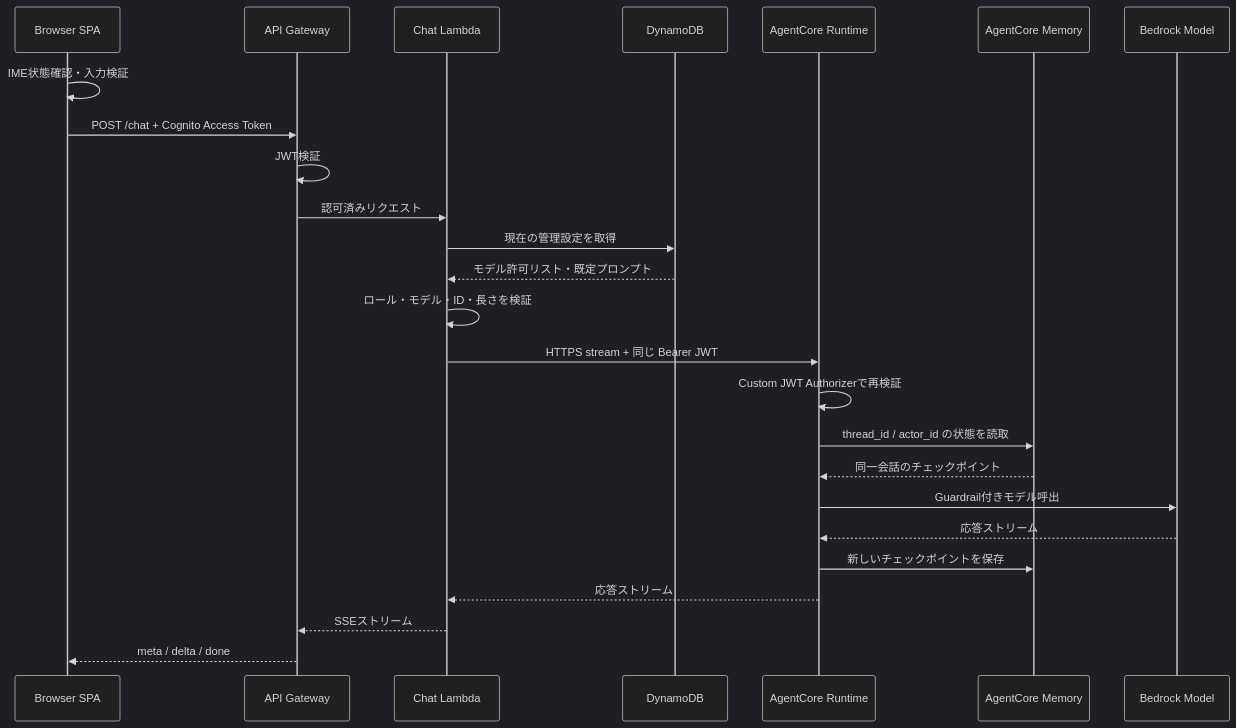
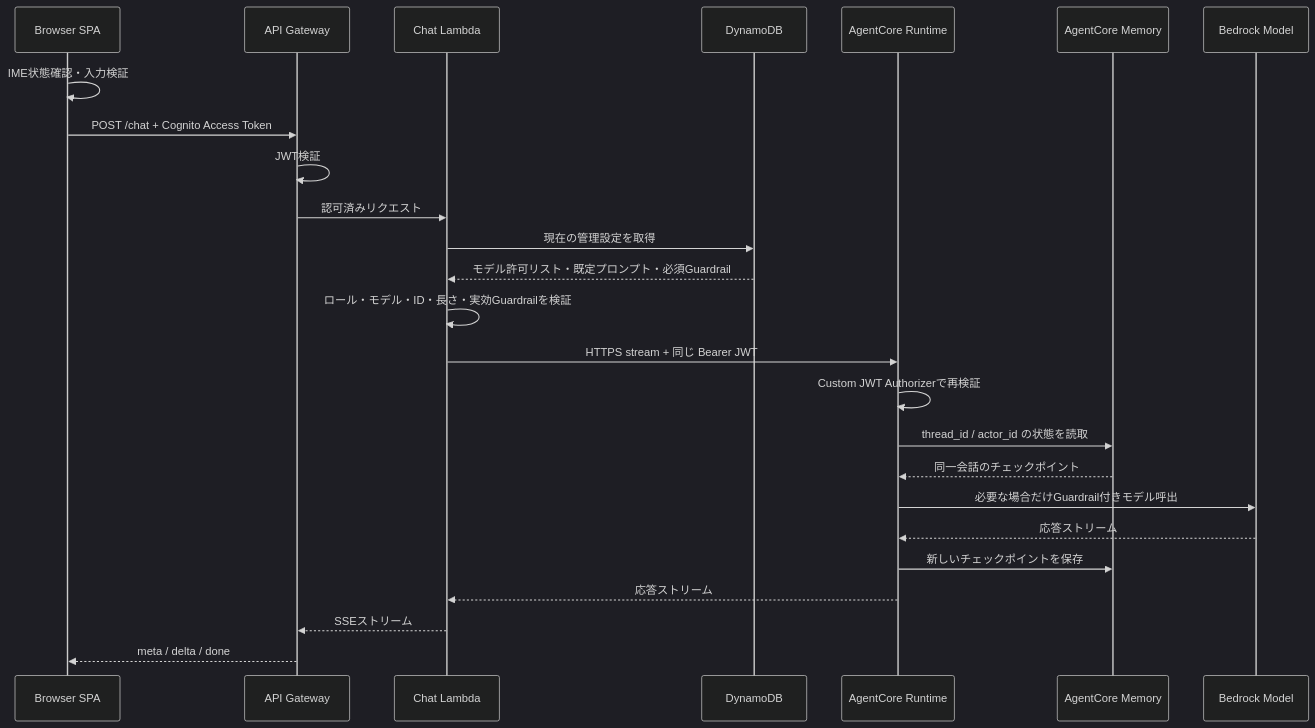
Before and after one commit to nia-ai-lab/aws-generative-ai-chat-demo: the third of 4 diagrams in docs/system-design.md, drawn with Mermaid (dark theme). The commit also changed other lines of this file and 25 other files, not shown here.

````diff
--- a/docs/system-design.md
+++ b/docs/system-design.md
@@ -301,28 +323,28 @@
 ```mermaid
 sequenceDiagram
     participant B as Browser SPA
     participant G as API Gateway
     participant L as Chat Lambda
     participant D as DynamoDB
     participant A as AgentCore Runtime
     participant M as AgentCore Memory
     participant F as Bedrock Model
 
     B->>B: IME状態確認・入力検証
     B->>G: POST /chat + Cognito Access Token
     G->>G: JWT検証
     G->>L: 認可済みリクエスト
     L->>D: 現在の管理設定を取得
-    D-->>L: モデル許可リスト・既定プロンプト
-    L->>L: ロール・モデル・ID・長さを検証
+    D-->>L: モデル許可リスト・既定プロンプト・必須Guardrail
+    L->>L: ロール・モデル・ID・長さ・実効Guardrailを検証
     L->>A: HTTPS stream + 同じ Bearer JWT
     A->>A: Custom JWT Authorizerで再検証
     A->>M: thread_id / actor_id の状態を読取
     M-->>A: 同一会話のチェックポイント
-    A->>F: Guardrail付きモデル呼出
+    A->>F: 必要な場合だけGuardrail付きモデル呼出
     F-->>A: 応答ストリーム
     A->>M: 新しいチェックポイントを保存
     A-->>L: 応答ストリーム
     L-->>G: SSEストリーム
     G-->>B: meta / delta / done
 ```
````
